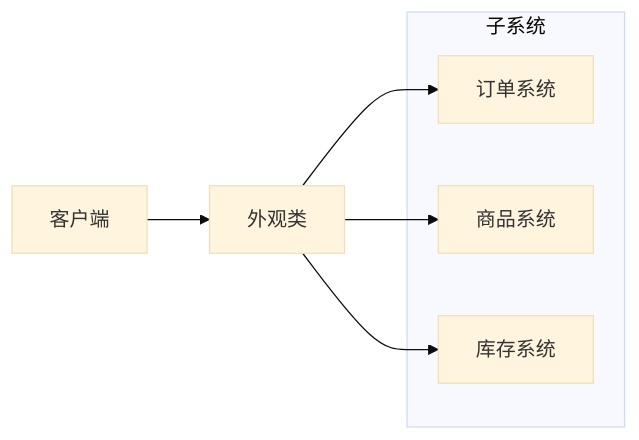
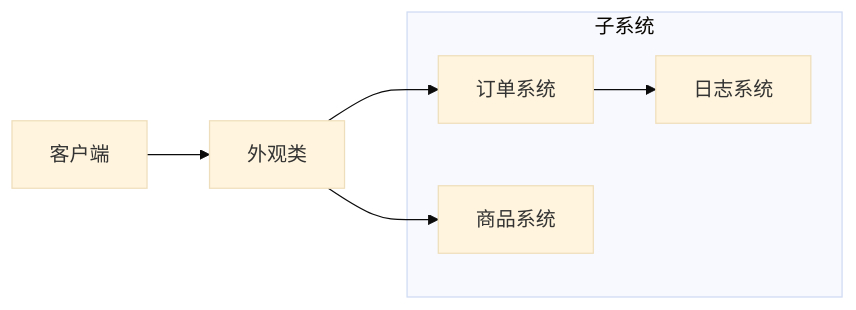
One commit to zhangqinghua/hexo changed the diagram in source/_posts/设计模式/外观模式.md. Above: the diagram before and after it, drawn with Mermaid (base theme). The commit also changed 2 other files, not shown here.

````diff
--- a/source/_posts/设计模式/外观模式.md
+++ b/source/_posts/设计模式/外观模式.md
@@ -15,17 +15,18 @@
 ```mermaid
 graph LR
     客户端 --> 外观类
 
     外观类 --> 订单系统
 
     外观类 --> 商品系统
 
-    外观类 --> 库存系统
+    subgraph 子系统
+        日志系统 
 
-    subgraph 子系统
         订单系统
+        
         商品系统
-        库存系统
     end
-    
+
+    订单系统 --> 日志系统
 ```
````
